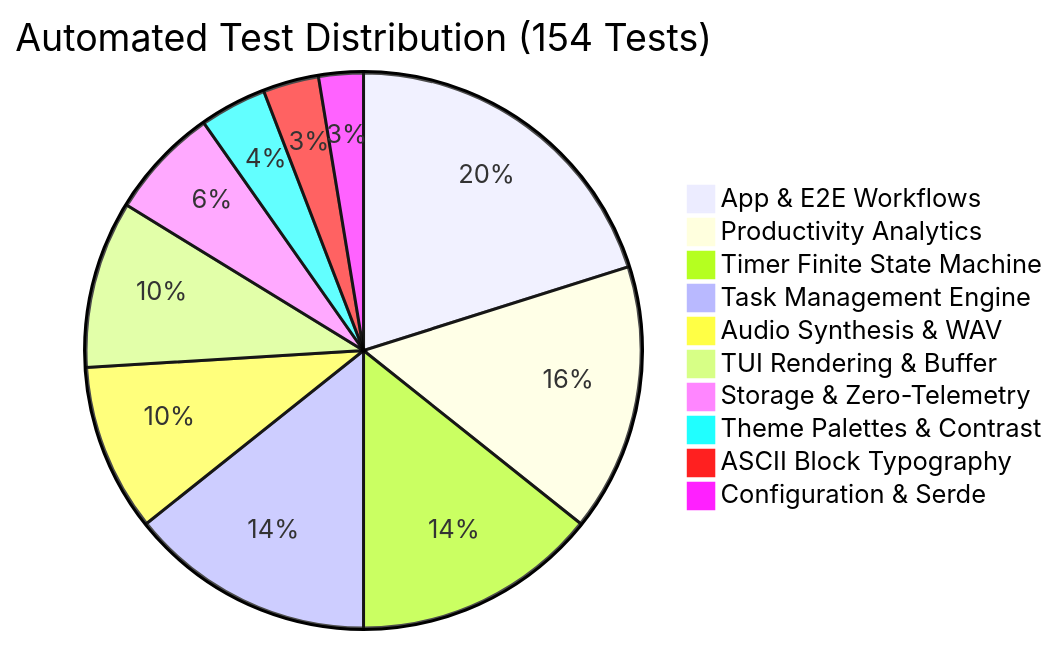
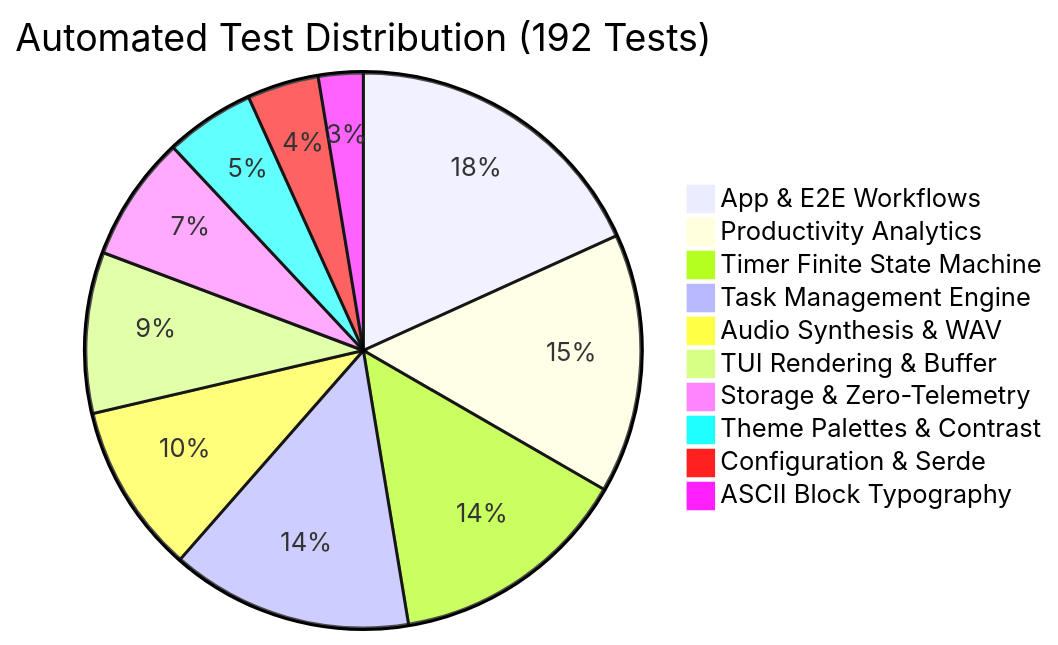
One commit to amanalip/Termodoro changed the fourth of 4 diagrams in System_design.md. Above: the diagram before and after it, drawn with Mermaid. The commit also changed other lines of this file and 18 other files, not shown here.

Commit message:
test: expand test suite to 192 deep QA tests and synchronize all markdown documentation

````diff
--- a/System_design.md
+++ b/System_design.md
@@ -343,13 +343,13 @@
 ```mermaid
-pie title Automated Test Distribution (154 Tests)
-    "App & E2E Workflows" : 31
-    "Productivity Analytics" : 24
-    "Timer Finite State Machine" : 22
-    "Task Management Engine" : 22
-    "Audio Synthesis & WAV" : 15
-    "TUI Rendering & Buffer" : 15
-    "Storage & Zero-Telemetry" : 10
-    "Theme Palettes & Contrast" : 6
+pie title Automated Test Distribution (192 Tests)
+    "App & E2E Workflows" : 35
+    "Productivity Analytics" : 29
+    "Timer Finite State Machine" : 27
+    "Task Management Engine" : 27
+    "Audio Synthesis & WAV" : 19
+    "TUI Rendering & Buffer" : 18
+    "Storage & Zero-Telemetry" : 14
+    "Theme Palettes & Contrast" : 10
+    "Configuration & Serde" : 8
     "ASCII Block Typography" : 5
-    "Configuration & Serde" : 4
 ```
````
